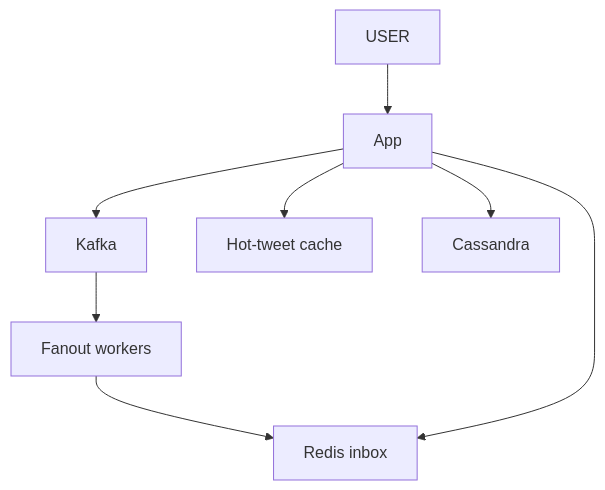
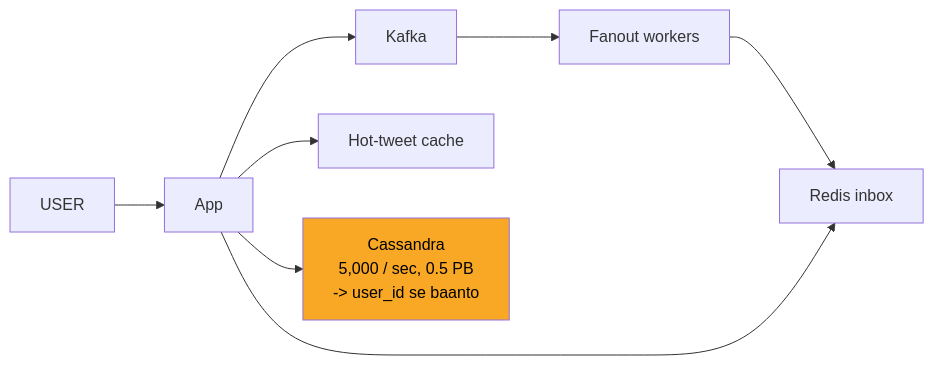
One commit to ArpanMaheshwari144/Prep changed the seventh of 12 diagrams in 04_HLD/SYSTEM_DESIGNS/03_twitter_feed/03_twitter_feed.md. Above: the diagram before and after it, drawn with Mermaid. The commit also changed other lines of this file and 2 other files, not shown here.

Commit message:
url shortener, rate limiter, twitter: one-day story, short cards, follow-ups with rules, highlighted diagrams

````diff
--- a/04_HLD/SYSTEM_DESIGNS/03_twitter_feed/03_twitter_feed.md
+++ b/04_HLD/SYSTEM_DESIGNS/03_twitter_feed/03_twitter_feed.md
@@ -272,17 +275,18 @@
 ```mermaid
-flowchart TD
+flowchart LR
     n_USER["USER"]
     n_App["App"]
     n_Kafka["Kafka"]
     n_Fanout_workers["Fanout workers"]
     n_Redis_inbox["Redis inbox"]
     n_Hot_tweet_cache["Hot-tweet cache"]
-    n_Cassandra["Cassandra"]
+    n_Cassandra["Cassandra<br/>5,000 / sec, 0.5 PB<br/>-> user_id se baanto"]
     n_USER --> n_App
     n_App --> n_Kafka
     n_App --> n_Hot_tweet_cache
     n_App --> n_Cassandra
     n_Kafka --> n_Fanout_workers
     n_Fanout_workers --> n_Redis_inbox
     n_App --> n_Redis_inbox
+    style n_Cassandra fill:#f9a825,color:#000
 ```
````
